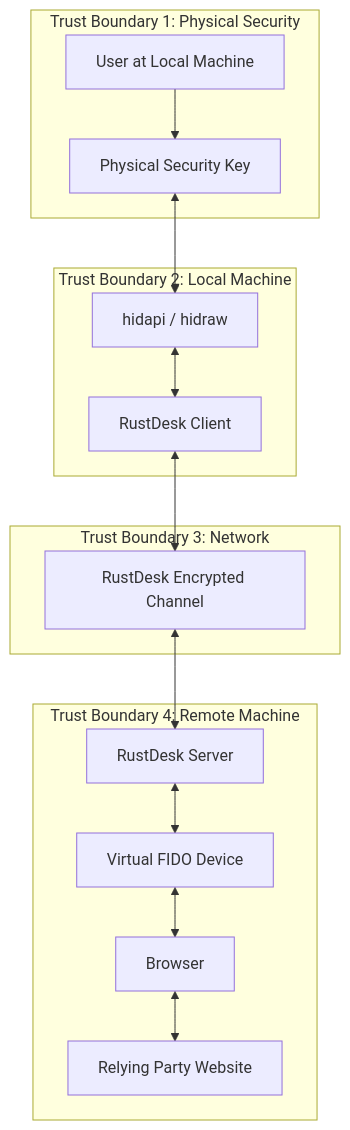
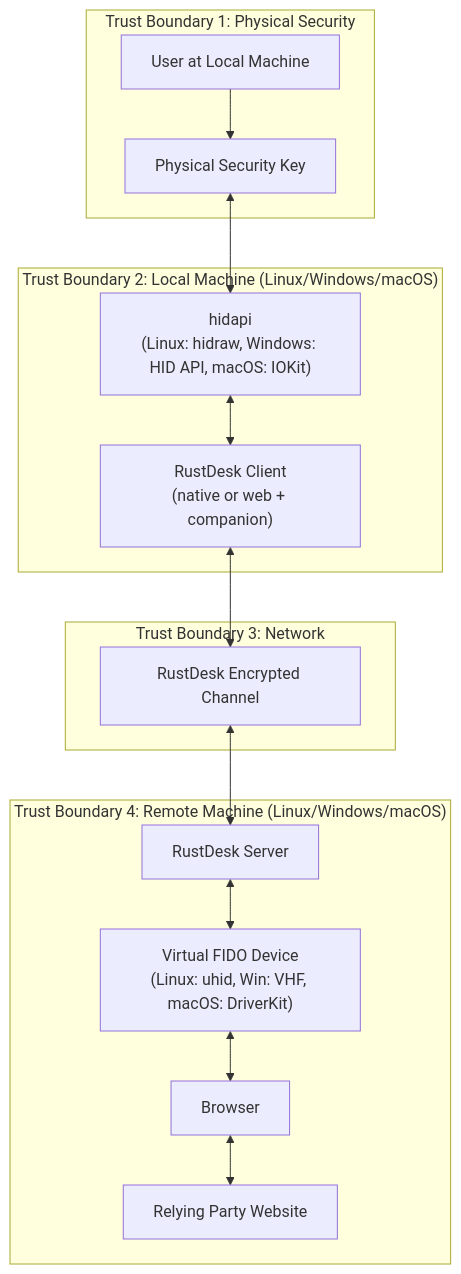
The diagram in docs/design/webauthn-ctap-passthrough/12-security.md (lesserevil/rustdesk), drawn with Mermaid before and after one commit. The commit also changed other lines of this file and 9 other files, not shown here.

First line of the commit message:
Expand CTAP passthrough design for cross-platform and web client support

````diff
--- a/docs/design/webauthn-ctap-passthrough/12-security.md
+++ b/docs/design/webauthn-ctap-passthrough/12-security.md
@@ -9,32 +9,32 @@
 ```mermaid
 flowchart TD
     subgraph TB1["Trust Boundary 1: Physical Security"]
         KEY[Physical Security Key]
         USER[User at Local Machine]
     end
 
-    subgraph TB2["Trust Boundary 2: Local Machine"]
-        CLIENT[RustDesk Client]
-        HIDAPI[hidapi / hidraw]
+    subgraph TB2["Trust Boundary 2: Local Machine (Linux/Windows/macOS)"]
+        CLIENT["RustDesk Client\n(native or web + companion)"]
+        HIDAPI["hidapi\n(Linux: hidraw, Windows: HID API, macOS: IOKit)"]
     end
 
     subgraph TB3["Trust Boundary 3: Network"]
         TUNNEL[RustDesk Encrypted Channel]
     end
 
-    subgraph TB4["Trust Boundary 4: Remote Machine"]
+    subgraph TB4["Trust Boundary 4: Remote Machine (Linux/Windows/macOS)"]
         SERVER[RustDesk Server]
-        UHID[Virtual FIDO Device]
+        VDEV["Virtual FIDO Device\n(Linux: uhid, Win: VHF, macOS: DriverKit)"]
         BROWSER[Browser]
         RP[Relying Party Website]
     end
 
     USER --> KEY
     KEY <--> HIDAPI
     HIDAPI <--> CLIENT
     CLIENT <--> TUNNEL
     TUNNEL <--> SERVER
-    SERVER <--> UHID
-    UHID <--> BROWSER
+    SERVER <--> VDEV
+    VDEV <--> BROWSER
     BROWSER <--> RP
 ```
````
